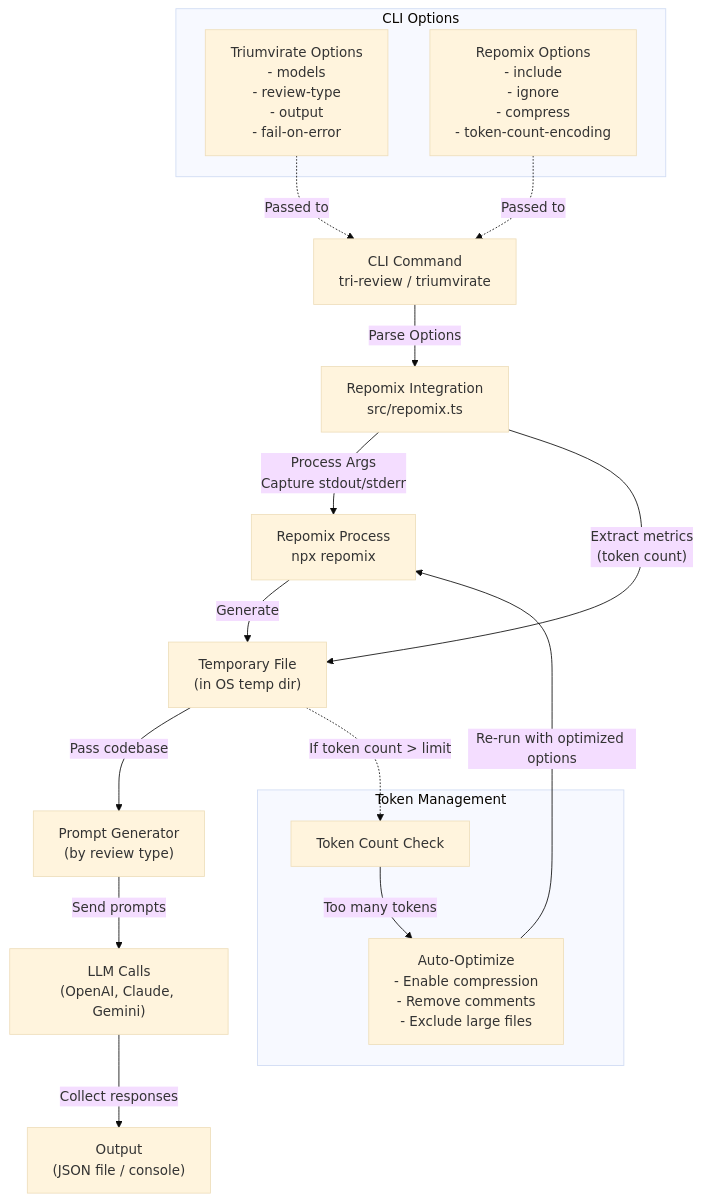
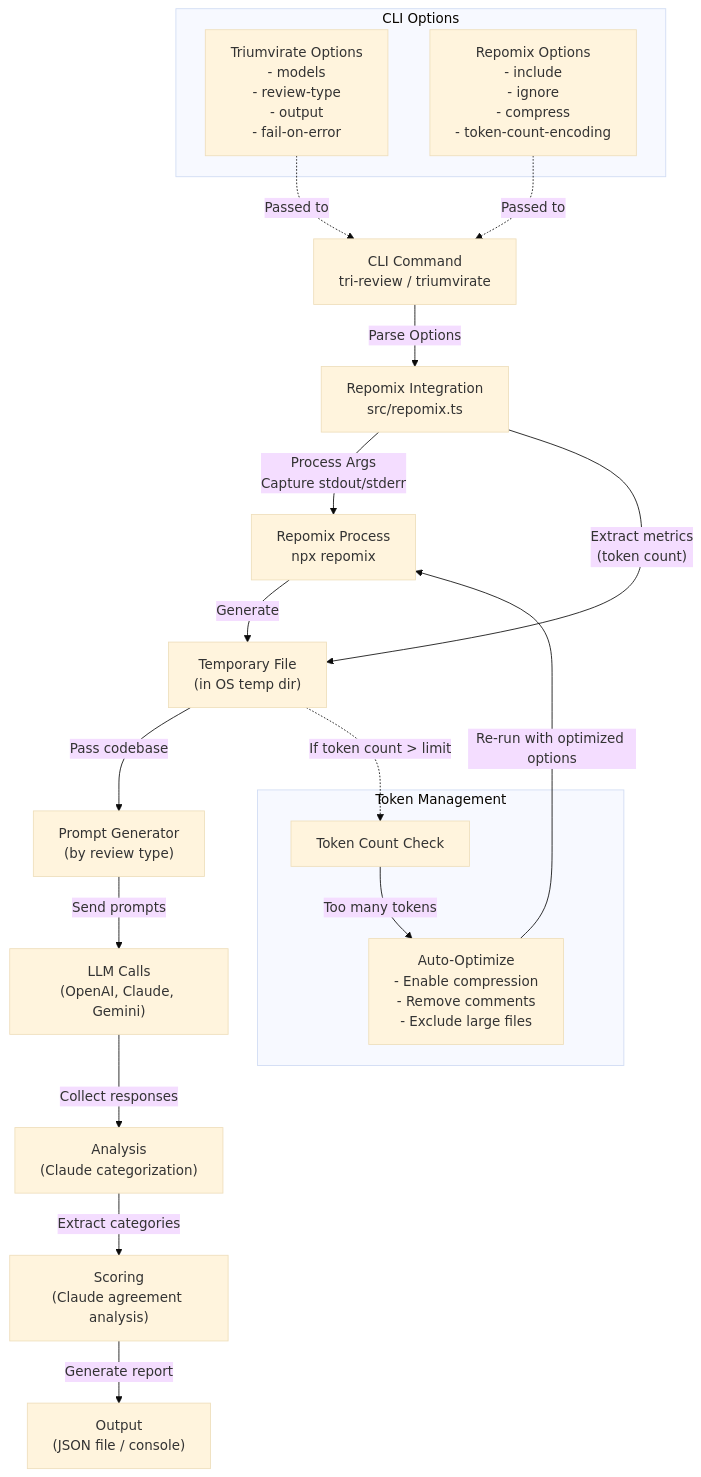
The diagram in PLAN.md (closedloop-technologies/triumvirate), drawn with Mermaid (base theme) before and after one commit.

Commit message:
📝 (PLAN.md): update flowchart to include analysis and scoring steps

````diff
--- a/PLAN.md
+++ b/PLAN.md
@@ -19,35 +19,39 @@
 ```mermaid
 flowchart TB
     CLI["CLI Command\ntri-review / triumvirate"]
     RepomixInt["Repomix Integration\nsrc/repomix.ts"]
     RepomixProc["Repomix Process\nnpx repomix"]
     TempFile["Temporary File\n(in OS temp dir)"]
     PromptGen["Prompt Generator\n(by review type)"]
     LLMs["LLM Calls\n(OpenAI, Claude, Gemini)"]
     Output["Output\n(JSON file / console)"]
     
     CLI -->|"Parse Options"| RepomixInt
     RepomixInt -->|"Process Args\nCapture stdout/stderr"| RepomixProc
     RepomixProc -->|"Generate"| TempFile
     RepomixInt -->|"Extract metrics\n(token count)"| TempFile
     TempFile -->|"Pass codebase"| PromptGen
     PromptGen -->|"Send prompts"| LLMs
-    LLMs -->|"Collect responses"| Output
+    LLMs -->|"Collect responses"| Analysis["Analysis
+(Claude categorization)"]
+    Analysis -->|"Extract categories"| Scoring["Scoring
+(Claude agreement analysis)"]
+    Scoring -->|"Generate report"| Output
     
     subgraph "CLI Options"
         TriOptions["Triumvirate Options\n- models\n- review-type\n- output\n- fail-on-error"]
         RepomixOptions["Repomix Options\n- include\n- ignore\n- compress\n- token-count-encoding"]
     end
     
     TriOptions -.->|"Passed to"| CLI
     RepomixOptions -.->|"Passed to"| CLI
     
     subgraph "Token Management"
         TokenCheck["Token Count Check"]
         Optimize["Auto-Optimize\n- Enable compression\n- Remove comments\n- Exclude large files"]
     end
     
     TempFile -.->|"If token count > limit"| TokenCheck
     TokenCheck -->|"Too many tokens"| Optimize
     Optimize -->|"Re-run with optimized options"| RepomixProc
 ```
````
